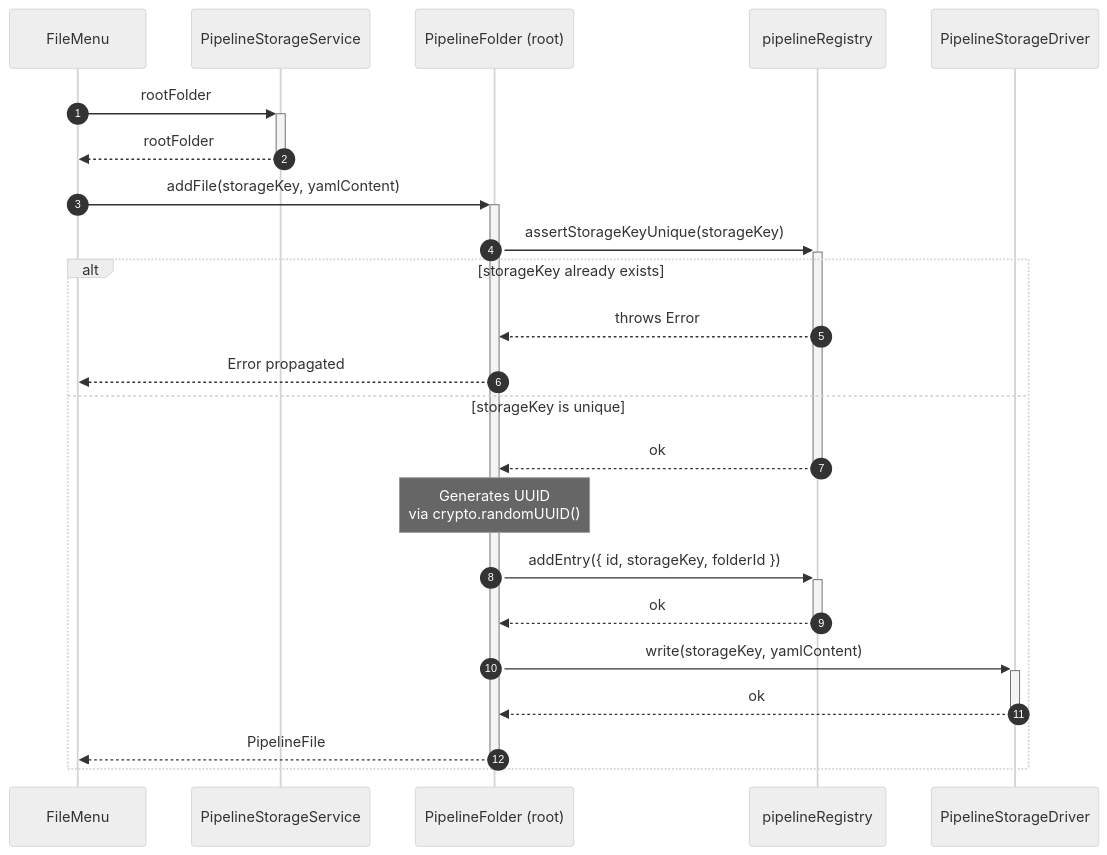
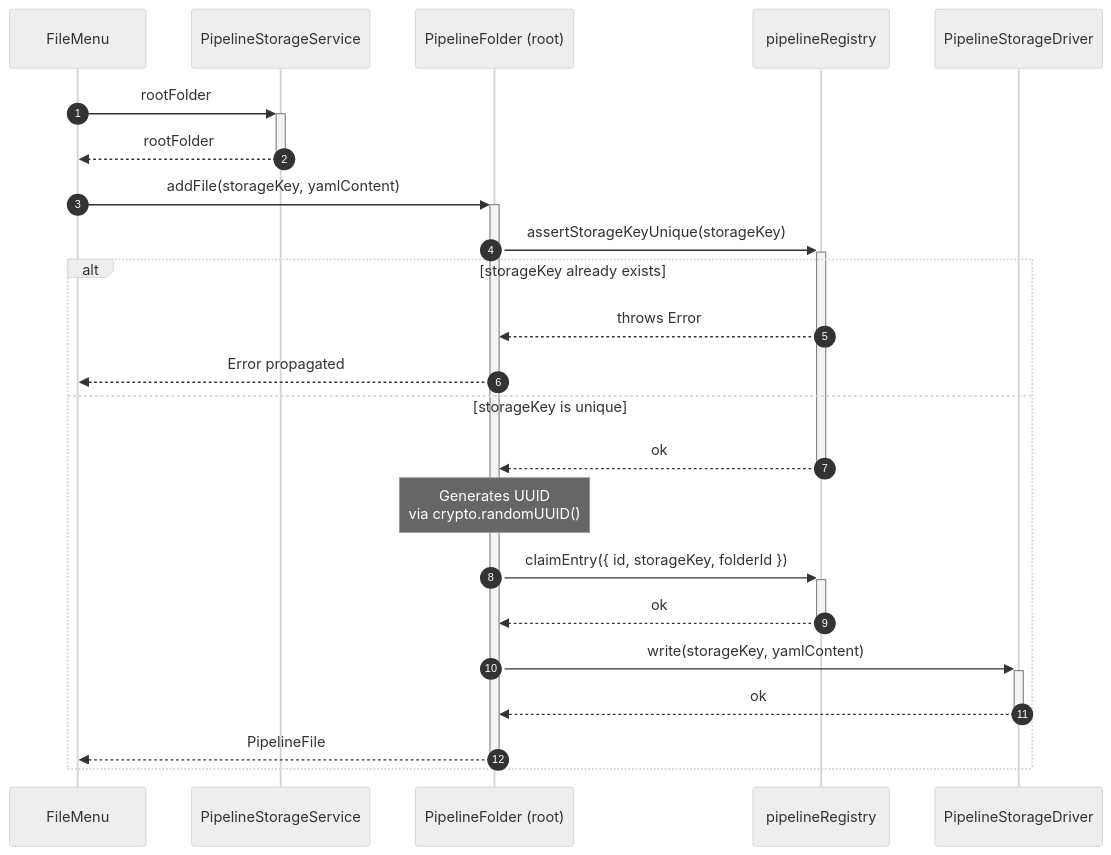
Before and after one commit to TangleML/tangle-ui: the sixth of 10 diagrams in src/services/pipelineStorage/ARCHITECTURE.md, drawn with Mermaid (neutral theme). The commit also changed other lines of this file, not shown here.

First line of the commit message:
docs(pipeline-storage): describe the store the page can provide

````diff
--- a/src/services/pipelineStorage/ARCHITECTURE.md
+++ b/src/services/pipelineStorage/ARCHITECTURE.md
@@ -430,28 +588,28 @@
 ```mermaid
 sequenceDiagram
     autonumber
     participant UI as FileMenu
     participant Service as PipelineStorageService
     participant Folder as PipelineFolder (root)
     participant Registry as pipelineRegistry
     participant Driver as PipelineStorageDriver
 
     UI->>+Service: rootFolder
     Service-->>-UI: rootFolder
 
     UI->>+Folder: addFile(storageKey, yamlContent)
     Folder->>+Registry: assertStorageKeyUnique(storageKey)
 
     alt storageKey already exists
         Registry-->>Folder: throws Error
         Folder-->>UI: Error propagated
     else storageKey is unique
         Registry-->>-Folder: ok
         Note over Folder: Generates UUID<br/>via crypto.randomUUID()
-        Folder->>+Registry: addEntry({ id, storageKey, folderId })
+        Folder->>+Registry: claimEntry({ id, storageKey, folderId })
         Registry-->>-Folder: ok
         Folder->>+Driver: write(storageKey, yamlContent)
         Driver-->>-Folder: ok
         Folder-->>-UI: PipelineFile
     end
 ```
````
